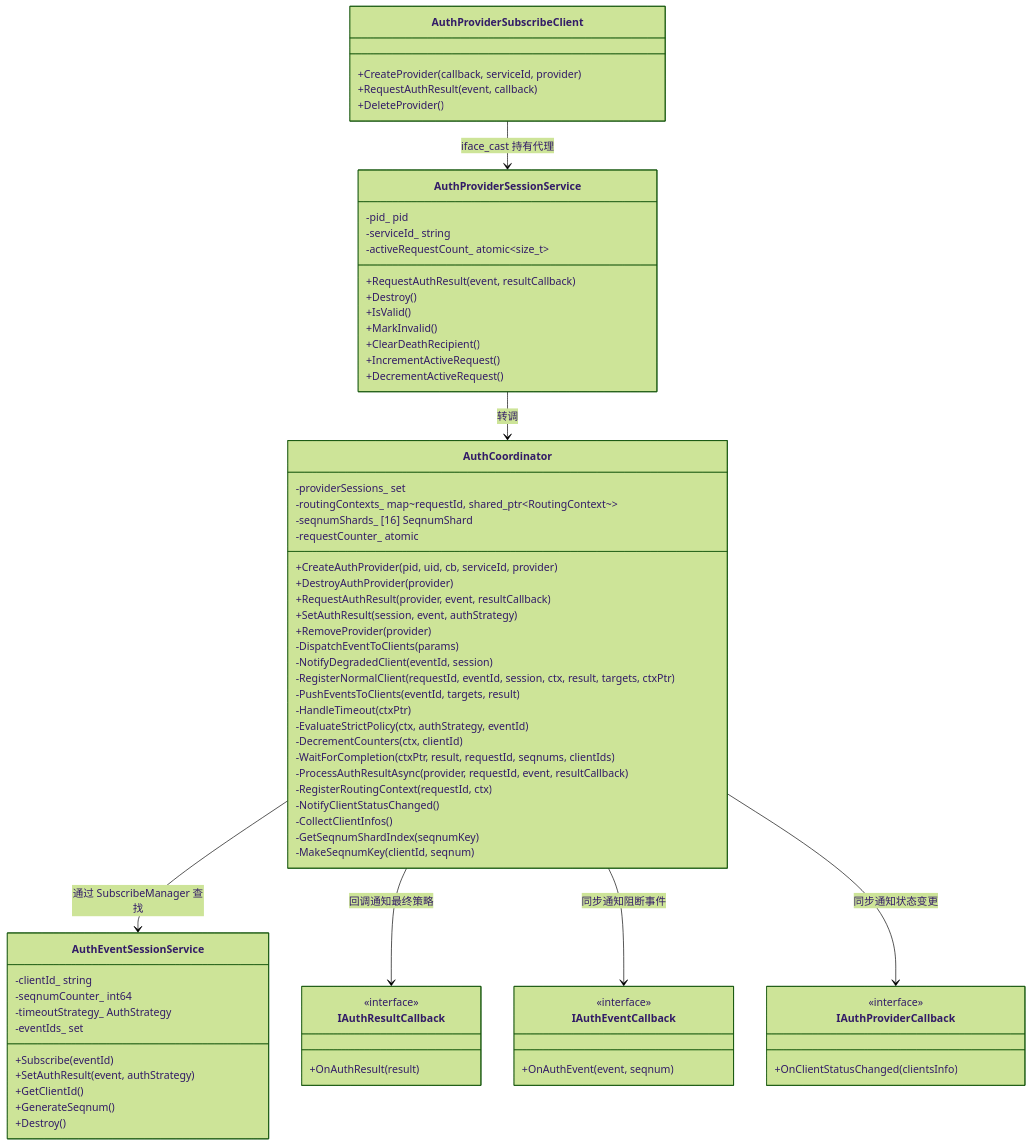
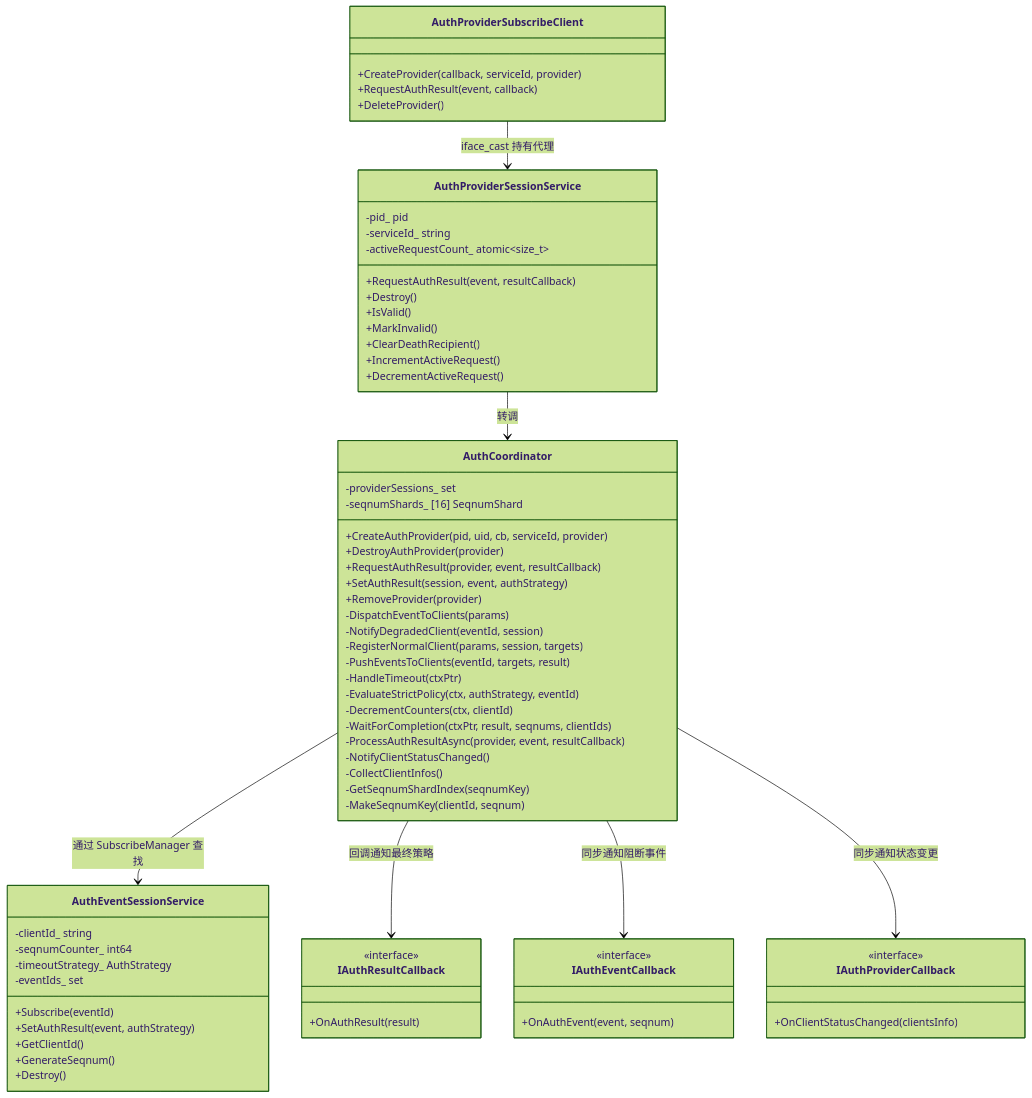
Before and after one commit to eclipse-oniro-mirrors/security_security_guard: the first of 10 diagrams in .sdd/SR-20260806903302/design-doc.md, drawn with Mermaid (forest theme). The commit also changed other lines of this file and 4 other files, not shown here.

First line of the commit message:
refactor: 删除死存储 requestId/routingContexts_

````diff
--- a/.sdd/SR-20260806903302/design-doc.md
+++ b/.sdd/SR-20260806903302/design-doc.md
@@ -44,81 +44,78 @@
 ```mermaid
 classDiagram
     class AuthProviderSubscribeClient {
         +CreateProvider(callback, serviceId, provider)
         +RequestAuthResult(event, callback)
         +DeleteProvider()
     }
 
     class AuthProviderSessionService {
         -pid_ pid
         -serviceId_ string
         -activeRequestCount_ atomic~size_t~
         +RequestAuthResult(event, resultCallback)
         +Destroy()
         +IsValid()
         +MarkInvalid()
         +ClearDeathRecipient()
         +IncrementActiveRequest()
         +DecrementActiveRequest()
     }
 
     class AuthCoordinator {
         -providerSessions_ set
-        -routingContexts_ map~requestId, shared_ptr~RoutingContext~~
         -seqnumShards_ [16] SeqnumShard
-        -requestCounter_ atomic
         +CreateAuthProvider(pid, uid, cb, serviceId, provider)
         +DestroyAuthProvider(provider)
         +RequestAuthResult(provider, event, resultCallback)
         +SetAuthResult(session, event, authStrategy)
         +RemoveProvider(provider)
         -DispatchEventToClients(params)
         -NotifyDegradedClient(eventId, session)
-        -RegisterNormalClient(requestId, eventId, session, ctx, result, targets, ctxPtr)
+        -RegisterNormalClient(params, session, targets)
         -PushEventsToClients(eventId, targets, result)
         -HandleTimeout(ctxPtr)
         -EvaluateStrictPolicy(ctx, authStrategy, eventId)
         -DecrementCounters(ctx, clientId)
-        -WaitForCompletion(ctxPtr, result, requestId, seqnums, clientIds)
-        -ProcessAuthResultAsync(provider, requestId, event, resultCallback)
-        -RegisterRoutingContext(requestId, ctx)
+        -WaitForCompletion(ctxPtr, result, seqnums, clientIds)
+        -ProcessAuthResultAsync(provider, event, resultCallback)
         -NotifyClientStatusChanged()
         -CollectClientInfos()
         -GetSeqnumShardIndex(seqnumKey)
         -MakeSeqnumKey(clientId, seqnum)
     }
 
     class AuthEventSessionService {
         -clientId_ string
         -seqnumCounter_ int64
         -timeoutStrategy_ AuthStrategy
         -eventIds_ set
         +Subscribe(eventId)
         +SetAuthResult(event, authStrategy)
         +GetClientId()
         +GenerateSeqnum()
         +Destroy()
     }
 
     class IAuthResultCallback {
         <<interface>>
         +OnAuthResult(result)
     }
 
     class IAuthEventCallback {
         <<interface>>
         +OnAuthEvent(event, seqnum)
     }
 
     class IAuthProviderCallback {
         <<interface>>
         +OnClientStatusChanged(clientsInfo)
     }
 
     AuthProviderSubscribeClient --> AuthProviderSessionService : iface_cast 持有代理
     AuthProviderSessionService --> AuthCoordinator : 转调
     AuthCoordinator --> AuthEventSessionService : 通过 SubscribeManager 查找
     AuthCoordinator --> IAuthResultCallback : 回调通知最终策略
     AuthCoordinator --> IAuthEventCallback : 同步通知阻断事件
     AuthCoordinator --> IAuthProviderCallback : 同步通知状态变更
 ```
````
